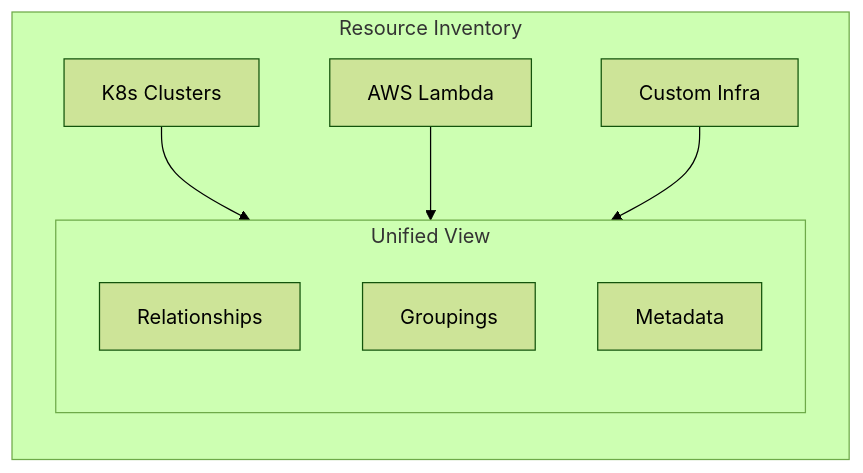
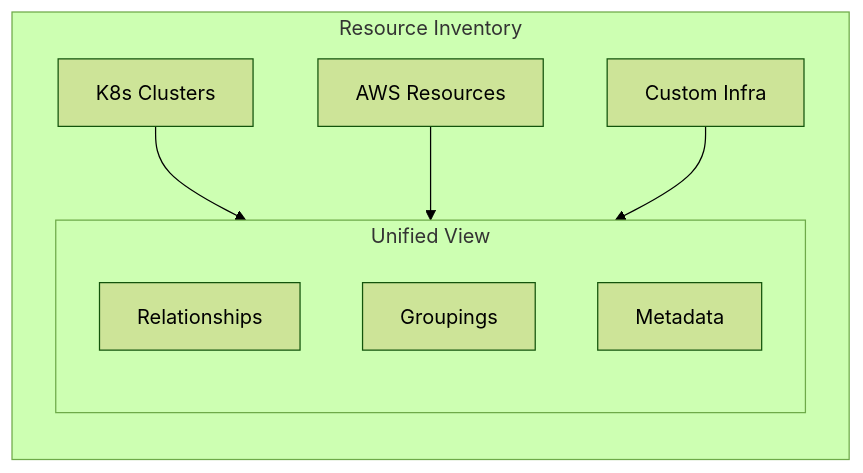
Before and after one commit to ctrlplanedev/ctrlplane: the second of 2 diagrams in docs/index.mdx, drawn with Mermaid (forest theme). The commit also changed other lines of this file and 1 other file, not shown here.

````diff
--- a/docs/index.mdx
+++ b/docs/index.mdx
@@ -84,16 +103,16 @@
 ```mermaid
 flowchart TB
     subgraph Inventory["Resource Inventory"]
         direction TB
         K8s["K8s Clusters"] --> Unified
-        AWS["AWS Lambda"] --> Unified
+        AWS["AWS Resources"] --> Unified
         Custom["Custom Infra"] --> Unified
 
         subgraph Unified["Unified View"]
             direction TB
             R["Relationships"]
             G["Groupings"]
             M["Metadata"]
         end
     end
 ```
````
